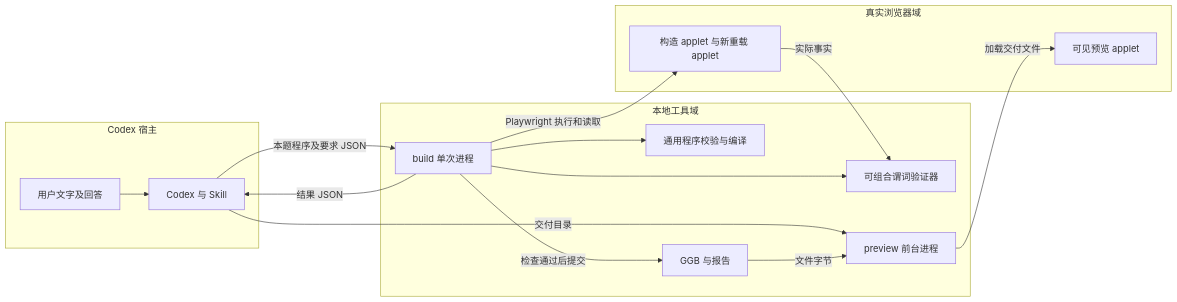
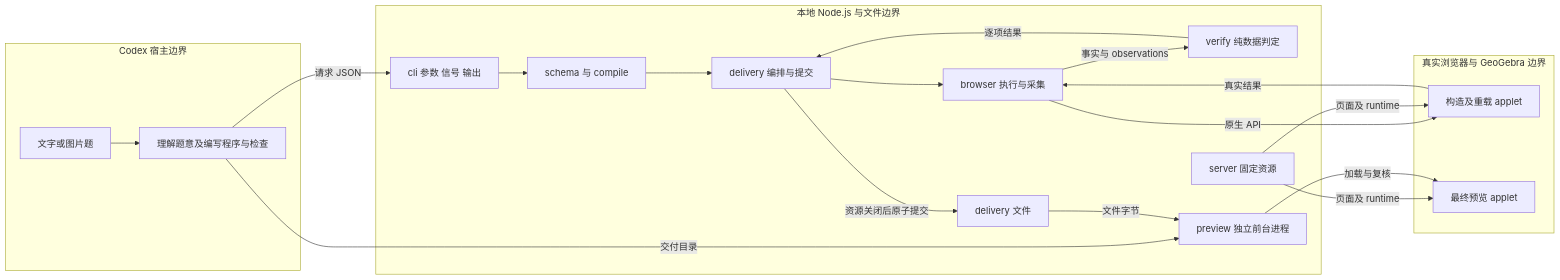
The first of 4 diagrams in docs/ggb-plugins-design.md (Jack7510/ggb-plugins), drawn with Mermaid before and after one commit. The commit also changed other lines of this file and 16 other files, not shown here.

Commit message:
Record runtime command coverage and validate installed Skill delivery

````diff
--- a/docs/ggb-plugins-design.md
+++ b/docs/ggb-plugins-design.md
@@ -112,27 +84,33 @@
 ```mermaid
 flowchart LR
-  subgraph Host[Codex 宿主]
-    U[用户文字及回答] --> C[Codex 与 Skill]
+  subgraph Host[Codex 宿主边界]
+    U[文字或图片题] --> C[理解题意及编写程序与检查]
   end
-  subgraph Local[本地工具域]
-    B[build 单次进程]
-    S[通用程序校验与编译]
-    V[可组合谓词验证器]
-    D[GGB 与报告]
-    P[preview 前台进程]
-    C -->|本题程序及要求 JSON| B
-    B --> S
-    B --> V
-    B -->|检查通过后提交| D
+  subgraph Local[本地 Node.js 与文件边界]
+    CLI[cli 参数 信号 输出]
+    S[schema 与 compile]
+    D[delivery 编排与提交]
+    V[verify 纯数据判定]
+    B[browser 执行与采集]
+    H[server 固定资源]
+    F[delivery 文件]
+    P[preview 独立前台进程]
+    C -->|请求 JSON| CLI
+    CLI --> S --> D
+    D --> B
+    B -->|事实与 observations| V
+    V -->|逐项结果| D
+    D -->|资源关闭后原子提交| F
     C -->|交付目录| P
-    D -->|文件字节| P
+    F -->|文件字节| P
   end
-  subgraph Browser[真实浏览器域]
-    A[构造 applet 与新重载 applet]
-    W[可见预览 applet]
-    B -->|Playwright 执行和读取| A
-    A -->|实际事实| V
-    P -->|加载交付文件| W
+  subgraph Engine[真实浏览器与 GeoGebra 边界]
+    G[构造及重载 applet]
+    W[最终预览 applet]
+    B -->|原生 API| G
+    G -->|真实结果| B
+    H -->|页面及 runtime| G
+    H -->|页面及 runtime| W
+    P -->|加载与复核| W
   end
-  B -->|结果 JSON| C
 ```
````
